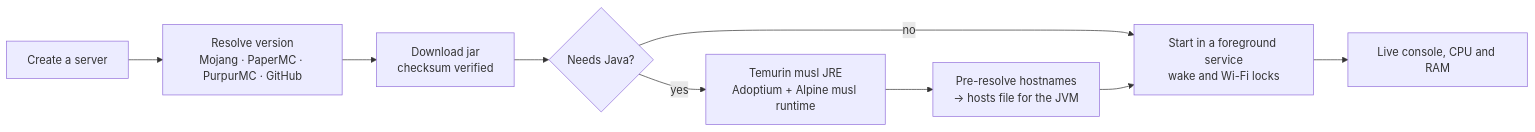
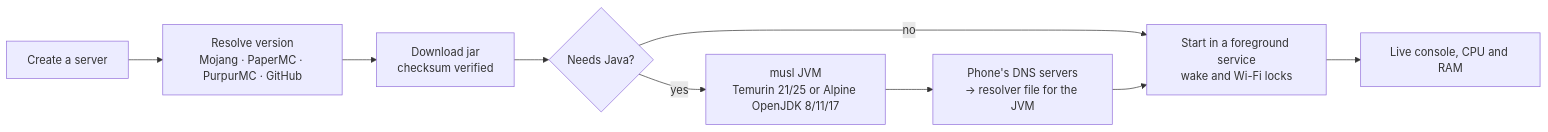
Before and after one commit to bladestech/LapisServe: the diagram in README.md, drawn with Mermaid. The commit also changed other lines of this file and 20 other files, not shown here.

````diff
--- a/README.md
+++ b/README.md
@@ -85,11 +85,11 @@
 ```mermaid
 flowchart LR
     A[Create a server] --> B[Resolve version<br/>Mojang · PaperMC · PurpurMC · GitHub]
     B --> C[Download jar<br/>checksum verified]
     C --> D{Needs Java?}
-    D -- yes --> E[Temurin musl JRE<br/>Adoptium + Alpine musl runtime]
+    D -- yes --> E[musl JVM<br/>Temurin 21/25 or Alpine OpenJDK 8/11/17]
     D -- no --> G
-    E --> F[Pre-resolve hostnames<br/>→ hosts file for the JVM]
+    E --> F[Phone's DNS servers<br/>→ resolver file for the JVM]
     F --> G[Start in a foreground service<br/>wake and Wi-Fi locks]
     G --> H[Live console, CPU and RAM]
 ```
````
